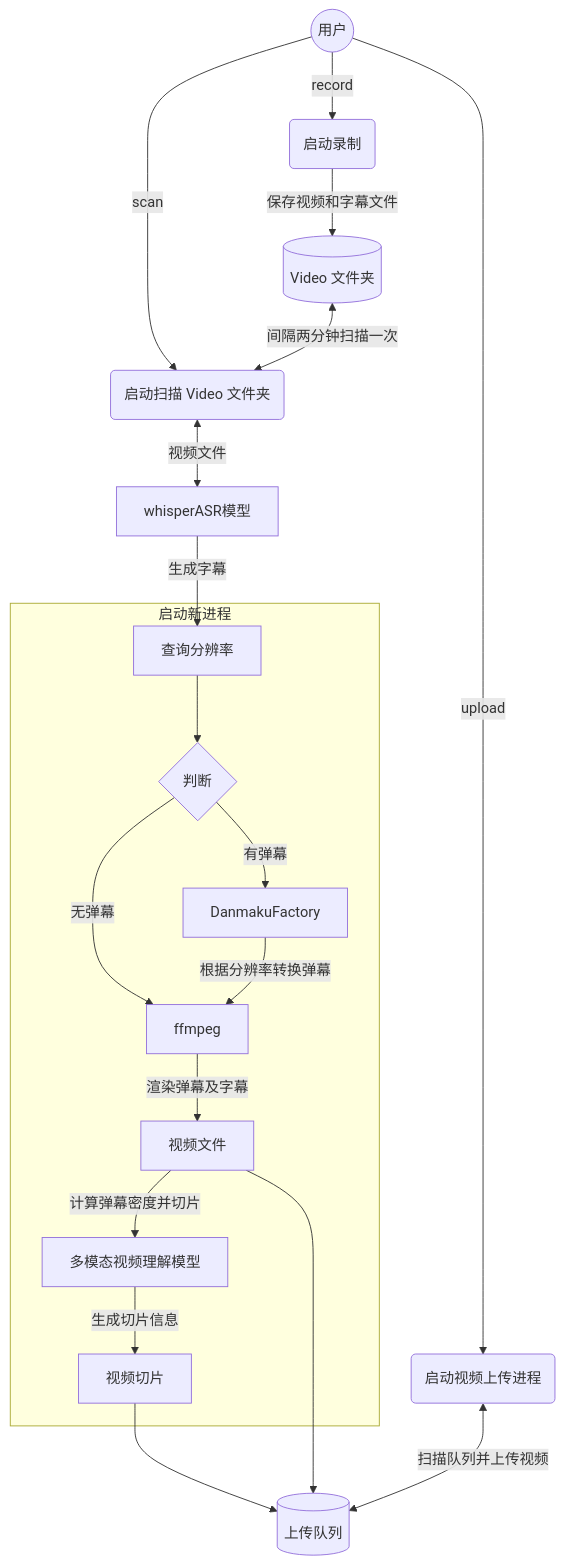
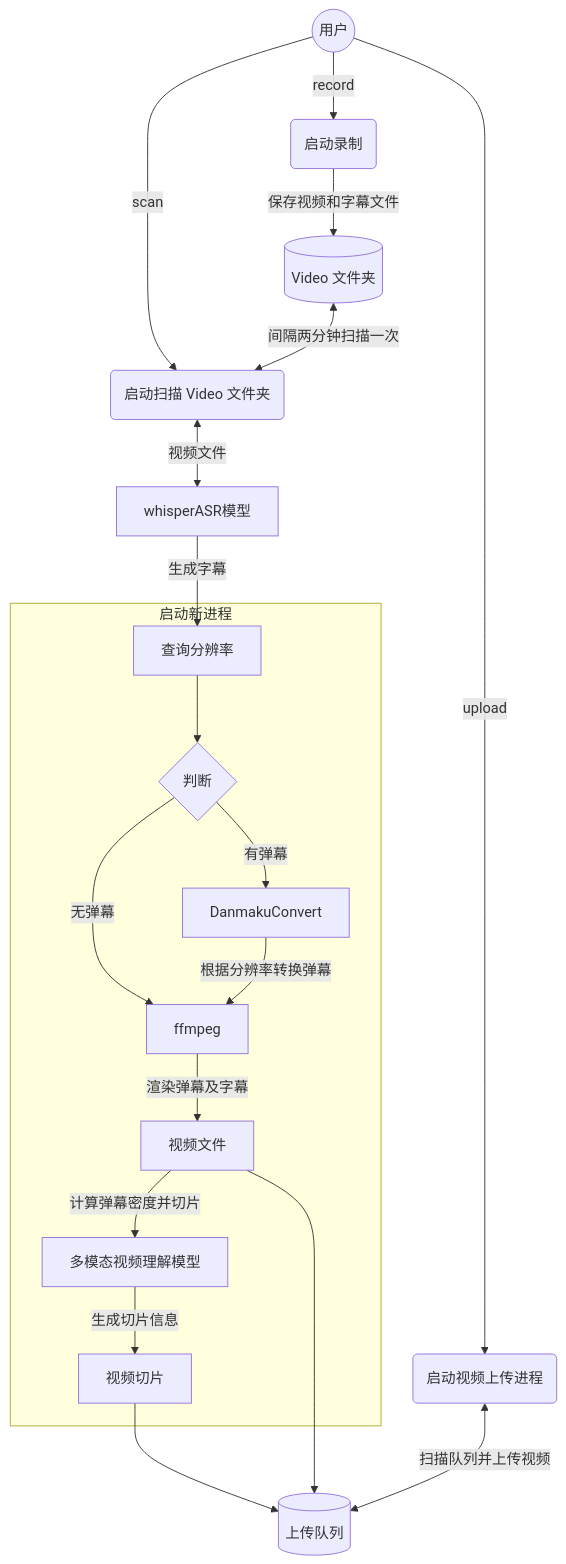
The diagram in README.md (ws1993/bilive), drawn with Mermaid before and after one commit. The commit also changed other lines of this file and 10 other files, not shown here.

First line of the commit message:
feat: introduce DanmakuConvert (#237)

````diff
--- a/README.md
+++ b/README.md
@@ -42,25 +42,25 @@
 ```mermaid
 graph TD
         User((用户))--record-->startRecord(启动录制)
         startRecord(启动录制)--保存视频和字幕文件-->videoFolder[(Video 文件夹)]
 
         User((用户))--scan-->startScan(启动扫描 Video 文件夹)
         videoFolder[(Video 文件夹)]<--间隔两分钟扫描一次-->startScan(启动扫描 Video 文件夹)
         startScan <--视频文件--> whisper[whisperASR模型]
         whisper[whisperASR模型] --生成字幕-->parameter[查询视频分辨率]
         subgraph 启动新进程
         parameter[查询分辨率] -->ifDanmaku{判断}
-        ifDanmaku -->|有弹幕| DanmakuFactory[DanmakuFactory]
+        ifDanmaku -->|有弹幕| DanmakuConvert[DanmakuConvert]
         ifDanmaku -->|无弹幕| ffmpeg1[ffmpeg]
-        DanmakuFactory[DanmakuFactory] --根据分辨率转换弹幕--> ffmpeg1[ffmpeg]
+        DanmakuConvert[DanmakuConvert] --根据分辨率转换弹幕--> ffmpeg1[ffmpeg]
         ffmpeg1[ffmpeg] --渲染弹幕及字幕 --> Video[视频文件]
         Video[视频文件] --计算弹幕密度并切片--> GLM[多模态视频理解模型]
         GLM[多模态视频理解模型] --生成切片信息--> slice[视频切片]
         end
         
         slice[视频切片] --> uploadQueue[(上传队列)]
         Video[视频文件] --> uploadQueue[(上传队列)]
 
         User((用户))--upload-->startUpload(启动视频上传进程)
         startUpload(启动视频上传进程) <--扫描队列并上传视频--> uploadQueue[(上传队列)]
 ```
````
